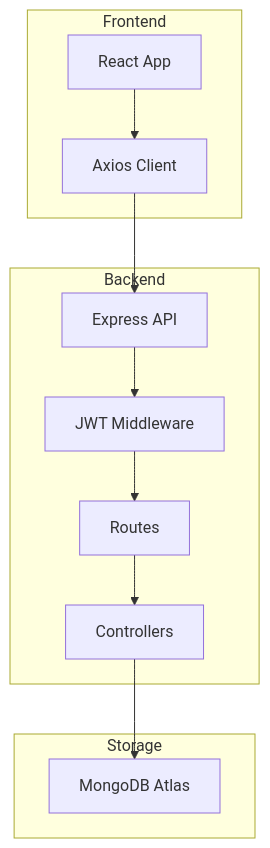
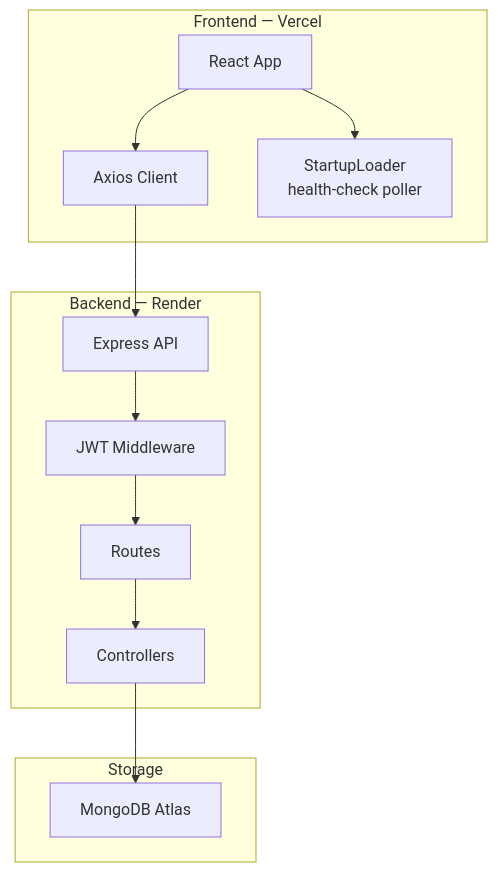
Before and after one commit to kshitij2212/attendance-manager: the diagram in README.md, drawn with Mermaid. The commit also changed other lines of this file and 4 other files, not shown here.

Commit message:
feat : add startup loader for Render cold-start delay

````diff
--- a/README.md
+++ b/README.md
@@ -35,17 +44,18 @@
 ```mermaid
 graph TB
-    subgraph Frontend
+    subgraph Frontend [Frontend — Vercel]
     A[React App] --> B[Axios Client]
+    A --> SL[StartupLoader\nhealth-check poller]
     end
 
-    subgraph Backend
+    subgraph Backend [Backend — Render]
     B --> C[Express API]
     C --> D[JWT Middleware]
     D --> E[Routes]
     E --> F[Controllers]
     end
 
     subgraph Storage
     F --> I[MongoDB Atlas]
     end
 ```
````
